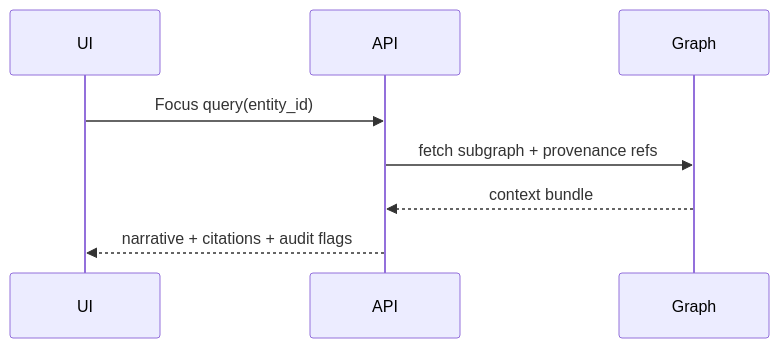
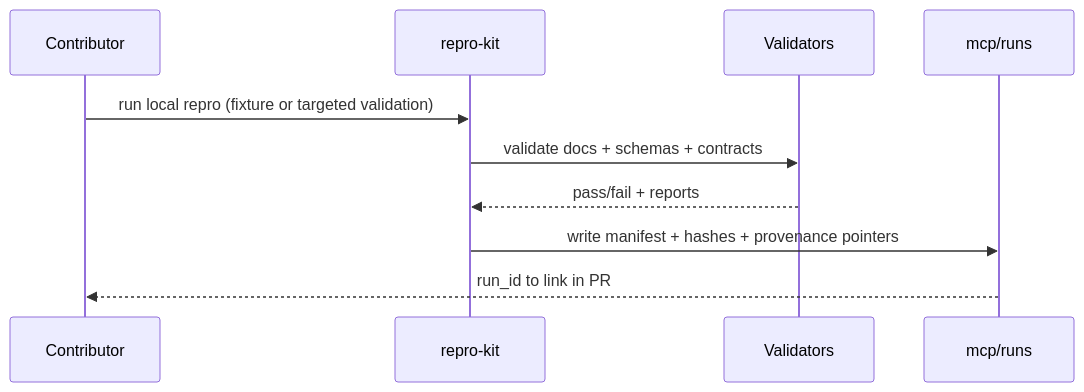
One commit to bartytime4life/Kansas-Frontier-Matrix changed the second of 2 diagrams in .github/repro-kit/README.md. Above: the diagram before and after it, drawn with Mermaid. The commit also changed other lines of this file, not shown here.

```diff
--- a/.github/repro-kit/README.md
+++ b/.github/repro-kit/README.md
@@ -162,11 +242,13 @@
 ~~~mermaid
 sequenceDiagram
-  participant UI
-  participant API
-  participant Graph
+  participant Dev as Contributor
+  participant RK as repro-kit
+  participant V as Validators
+  participant MCP as mcp/runs
 
-  UI->>API: Focus query(entity_id)
-  API->>Graph: fetch subgraph + provenance refs
-  Graph-->>API: context bundle
-  API-->>UI: narrative + citations + audit flags
+  Dev->>RK: run local repro (fixture or targeted validation)
+  RK->>V: validate docs + schemas + contracts
+  V-->>RK: pass/fail + reports
+  RK->>MCP: write manifest + hashes + provenance pointers
+  MCP-->>Dev: run_id to link in PR
 ~~~
```
